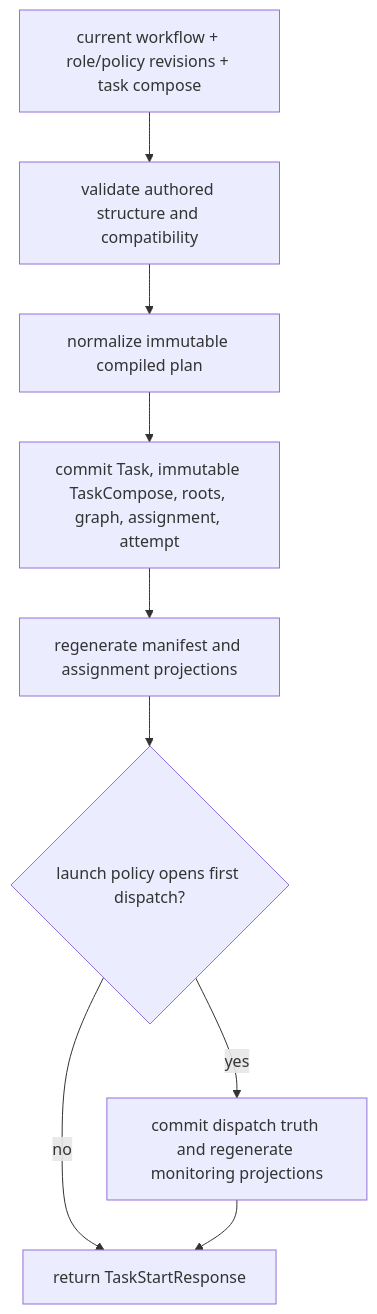
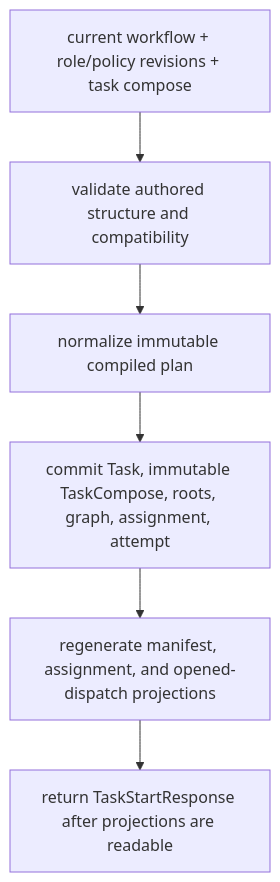
Before and after one commit to ringlochid/AutoClaw: the diagram in docs/redesign/workflows/compiler-contract-and-launch-materialization.md, drawn with Mermaid. The commit also changed other lines of this file and 68 other files, not shown here.

````diff
--- a/docs/redesign/workflows/compiler-contract-and-launch-materialization.md
+++ b/docs/redesign/workflows/compiler-contract-and-launch-materialization.md
@@ -137,11 +134,8 @@
 ```mermaid
 flowchart TD
     A["current workflow + role/policy revisions + task compose"] --> B["validate authored structure and compatibility"]
     B --> C["normalize immutable compiled plan"]
     C --> D["commit Task, immutable TaskCompose, roots, graph, assignment, attempt"]
-    D --> E["regenerate manifest and assignment projections"]
-    E --> F{"launch policy opens first dispatch?"}
-    F -->|yes| G["commit dispatch truth and regenerate monitoring projections"]
-    F -->|no| H["return TaskStartResponse"]
-    G --> H
+    D --> E["regenerate manifest, assignment, and opened-dispatch projections"]
+    E --> F["return TaskStartResponse after projections are readable"]
 ```
````
